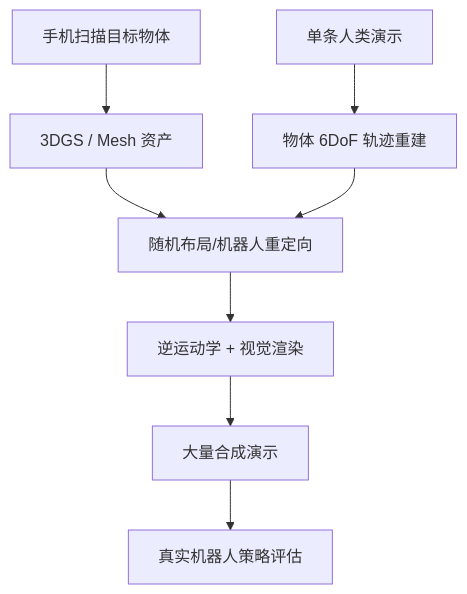
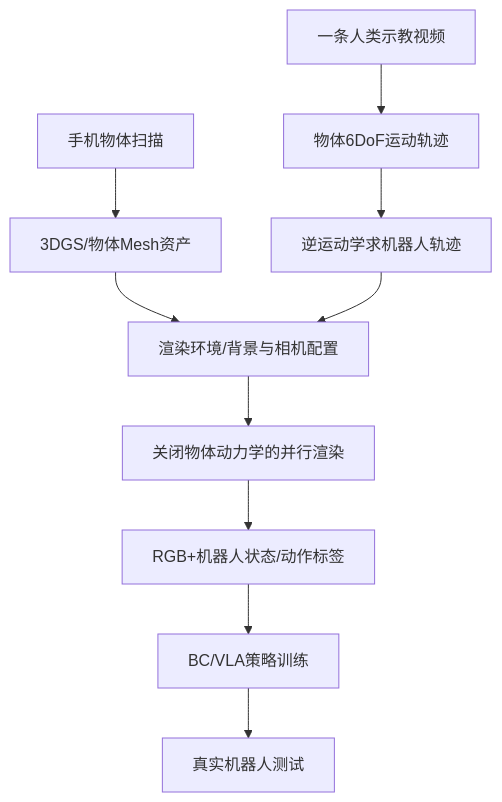
The tenth of 13 diagrams in docs/Sim2Real_前沿技术路线综述_2025-2026.md (AforestSong/Sim2Real-Frontier-Survey), drawn with Mermaid before and after one commit. The commit also changed other lines of this file and 7 other files, not shown here.

````diff
--- a/docs/Sim2Real_前沿技术路线综述_2025-2026.md
+++ b/docs/Sim2Real_前沿技术路线综述_2025-2026.md
@@ -359,10 +572,12 @@
 ```mermaid
 flowchart TD
- A[手机扫描目标物体] --> B[3DGS / Mesh 资产]
- C[单条人类演示] --> D[物体 6DoF 轨迹重建]
- B --> E[随机布局/机器人重定向]
- D --> E
- E --> F[逆运动学 + 视觉渲染]
- F --> G[大量合成演示]
- G --> H[真实机器人策略评估]
+ A[手机物体扫描] --> B[3DGS/物体Mesh资产]
+ C[一条人类示教视频] --> D[物体6DoF运动轨迹]
+ B --> E[渲染环境/背景与相机配置]
+ D --> F[逆运动学求机器人轨迹]
+ F --> E
+ E --> G[关闭物体动力学的并行渲染]
+ G --> H[RGB+机器人状态/动作标签]
+ H --> I[BC/VLA策略训练]
+ I --> J[真实机器人测试]
 ```
````
